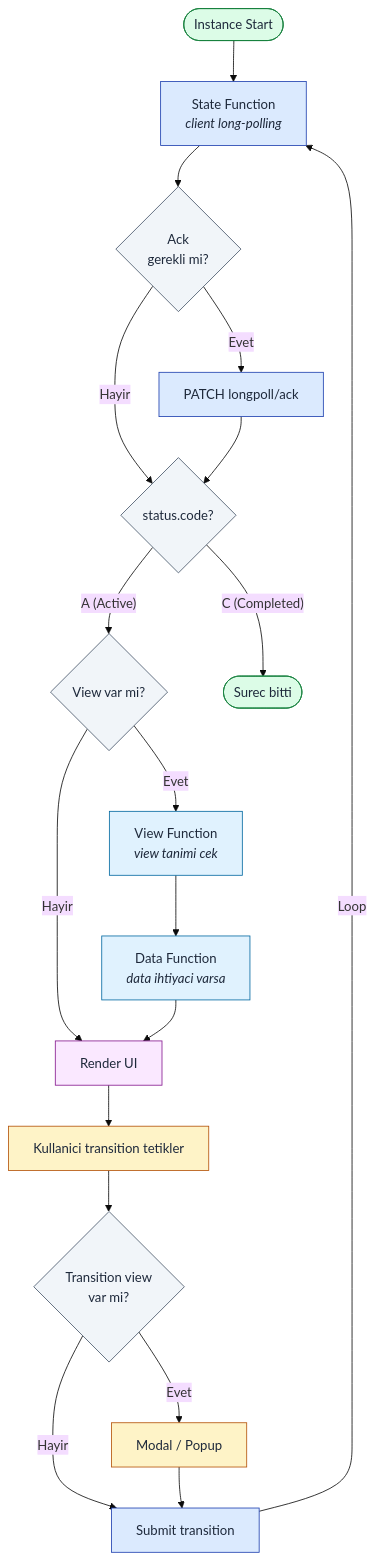
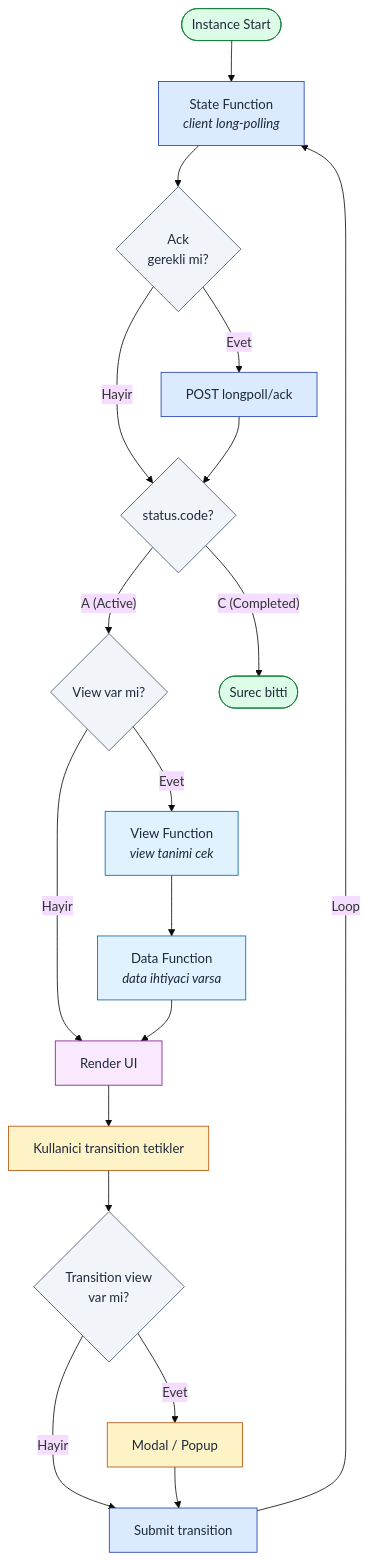
One commit to burgan-tech/vnext-docs changed the diagram in docs/concepts/user-integration.md. Above: the diagram before and after it, drawn with Mermaid (base theme). The commit also changed other lines of this file and 43 other files, not shown here.

````diff
--- a/docs/concepts/user-integration.md
+++ b/docs/concepts/user-integration.md
@@ -15,41 +15,41 @@
 ```mermaid
 flowchart TD
   Start(["Instance Start"]) --> StateFn["State Function<br/><i>client long-polling</i>"]
 
   StateFn --> AckCheck{"Ack\ngerekli mi?"}
-  AckCheck -->|Evet| Ack["PATCH longpoll/ack"]
+  AckCheck -->|Evet| Ack["POST longpoll/ack"]
   AckCheck -->|Hayir| StatusCheck
   Ack --> StatusCheck
   StatusCheck{"status.code?"} -->|"A (Active)"| ViewCheck{"View var mi?"}
   StatusCheck -->|"C (Completed)"| Done(["Surec bitti"])
 
   ViewCheck -->|Evet| ViewFn["View Function<br/><i>view tanimi cek</i>"]
   ViewCheck -->|Hayir| Render
 
   ViewFn --> DataFn["Data Function<br/><i>data ihtiyaci varsa</i>"]
   DataFn --> Render["Render UI"]
 
   Render --> UserAction["Kullanici transition tetikler"]
   UserAction --> TransCheck{"Transition view<br/>var mi?"}
 
   TransCheck -->|Evet| Modal["Modal / Popup"]
   TransCheck -->|Hayir| Submit
 
   Modal --> Submit["Submit transition"]
   Submit -->|"Loop"| StateFn
 
   style Start fill:#dcfce7,stroke:#15803d,color:#1e293b
   style Done fill:#dcfce7,stroke:#15803d,color:#1e293b
   style StateFn fill:#dbeafe,stroke:#1e40af,color:#1e293b
   style StatusCheck fill:#f1f5f9,stroke:#475569,color:#1e293b
   style ViewCheck fill:#f1f5f9,stroke:#475569,color:#1e293b
   style TransCheck fill:#f1f5f9,stroke:#475569,color:#1e293b
   style ViewFn fill:#e0f2fe,stroke:#0369a1,color:#1e293b
   style DataFn fill:#e0f2fe,stroke:#0369a1,color:#1e293b
   style Render fill:#fae8ff,stroke:#86198f,color:#1e293b
   style UserAction fill:#fef3c7,stroke:#b45309,color:#1e293b
   style Modal fill:#fef3c7,stroke:#b45309,color:#1e293b
   style Submit fill:#dbeafe,stroke:#1e40af,color:#1e293b
   style AckCheck fill:#f1f5f9,stroke:#475569,color:#1e293b
   style Ack fill:#dbeafe,stroke:#1e40af,color:#1e293b
 ```
````
